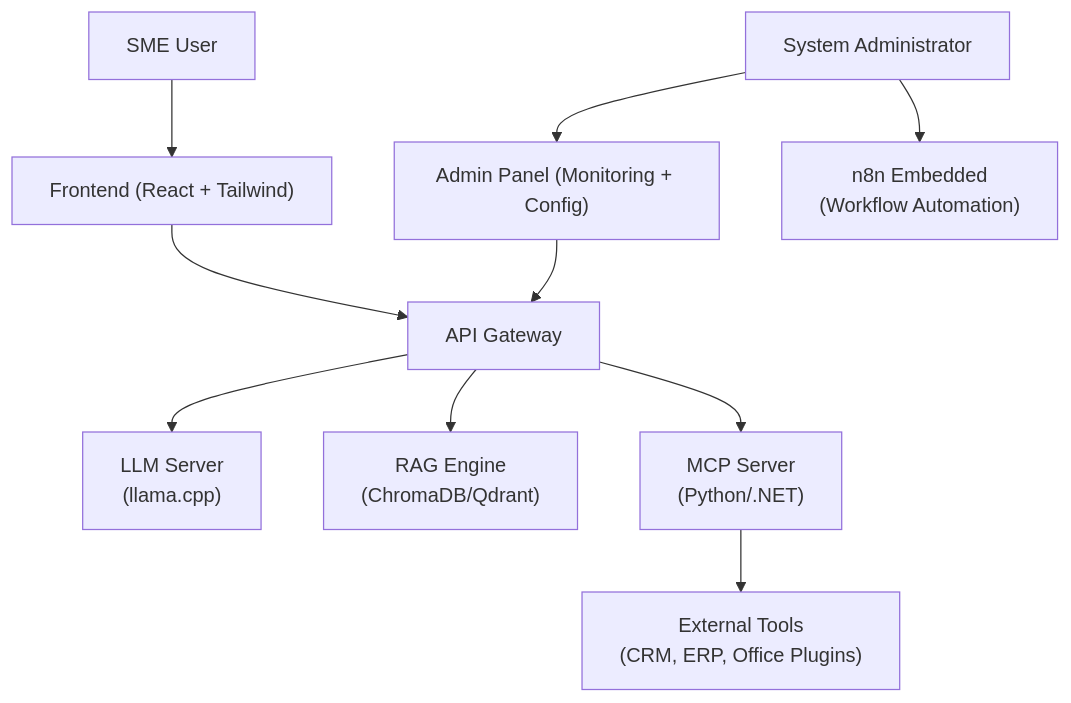
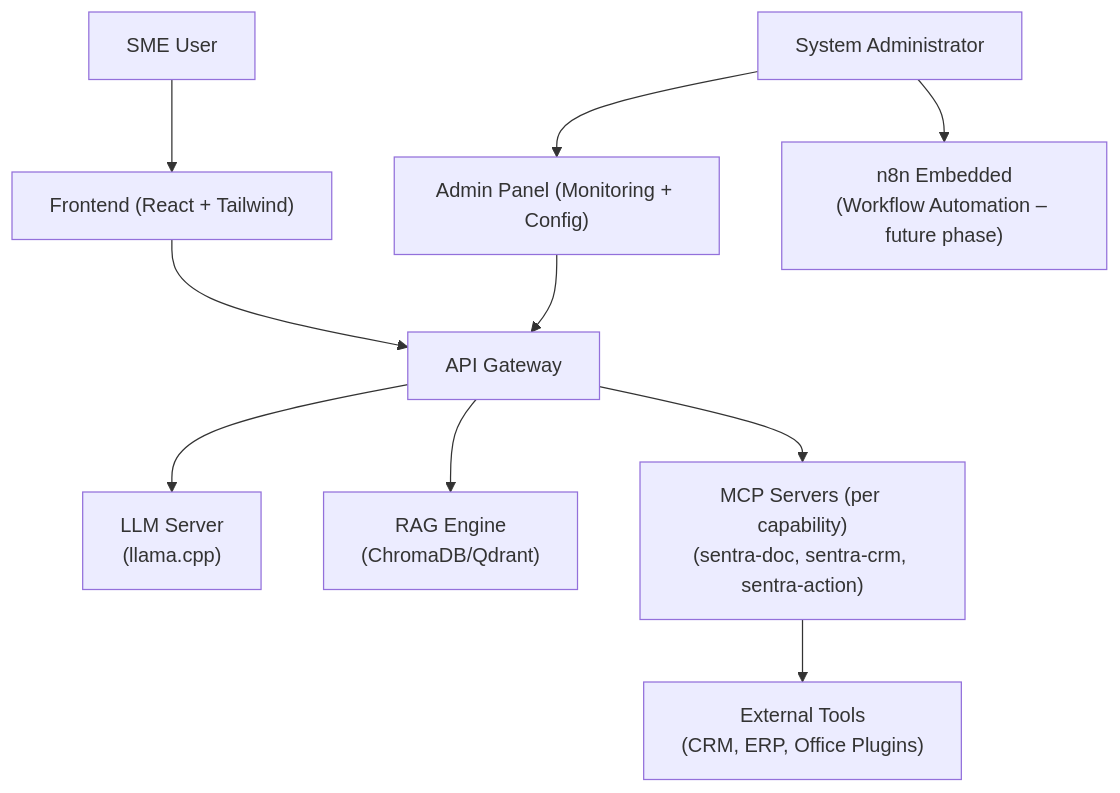
One commit to Sentra-Brain/sentra-platform changed the diagram in docs/arc42/00_overview.md. Above: the diagram before and after it, drawn with Mermaid. The commit also changed 2 other files, not shown here.

Commit message:
Clarify architecture documentation: update MCP layer details and workflow automation scope in overview, introduction, and constraints sections.

````diff
--- a/docs/arc42/00_overview.md
+++ b/docs/arc42/00_overview.md
@@ -37,23 +37,23 @@
 ```mermaid
 graph TD
     User["SME User"]
     Admin["System Administrator"]
     Frontend["Frontend (React + Tailwind)"]
     AdminPanel["Admin Panel (Monitoring + Config)"]
-    n8n["n8n Embedded<br/>(Workflow Automation)"]
+    n8n["n8n Embedded<br/>(Workflow Automation – future phase)"]
     Gateway["API Gateway"]
     LLM["LLM Server<br/>(llama.cpp)"]
     RAG["RAG Engine<br/>(ChromaDB/Qdrant)"]
-    MCP["MCP Server<br/>(Python/.NET)"]
+    MCP["MCP Servers (per capability)<br/>(sentra-doc, sentra-crm, sentra-action)"]
     ExternalTools["External Tools<br/>(CRM, ERP, Office Plugins)"]
 
     User --> Frontend
     Admin --> AdminPanel
     Admin --> n8n
     Frontend --> Gateway
     AdminPanel --> Gateway
     Gateway --> LLM
     Gateway --> RAG
     Gateway --> MCP
     MCP --> ExternalTools
 ```
````
